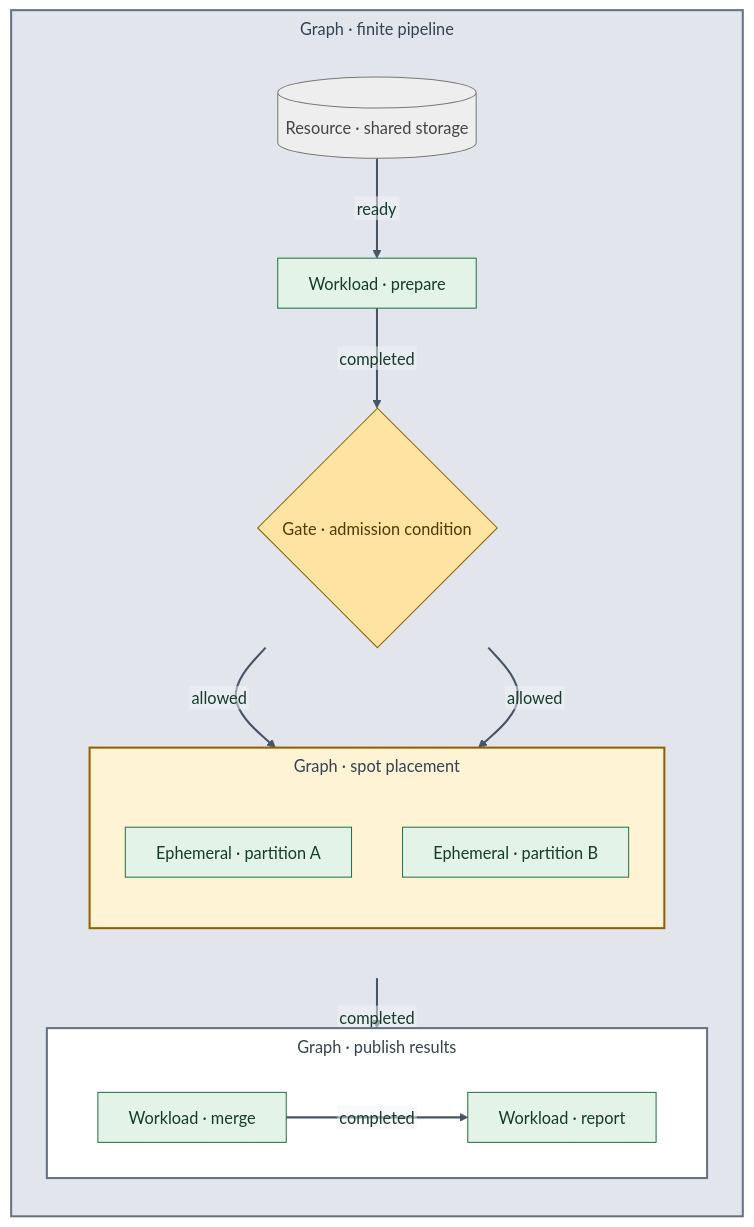
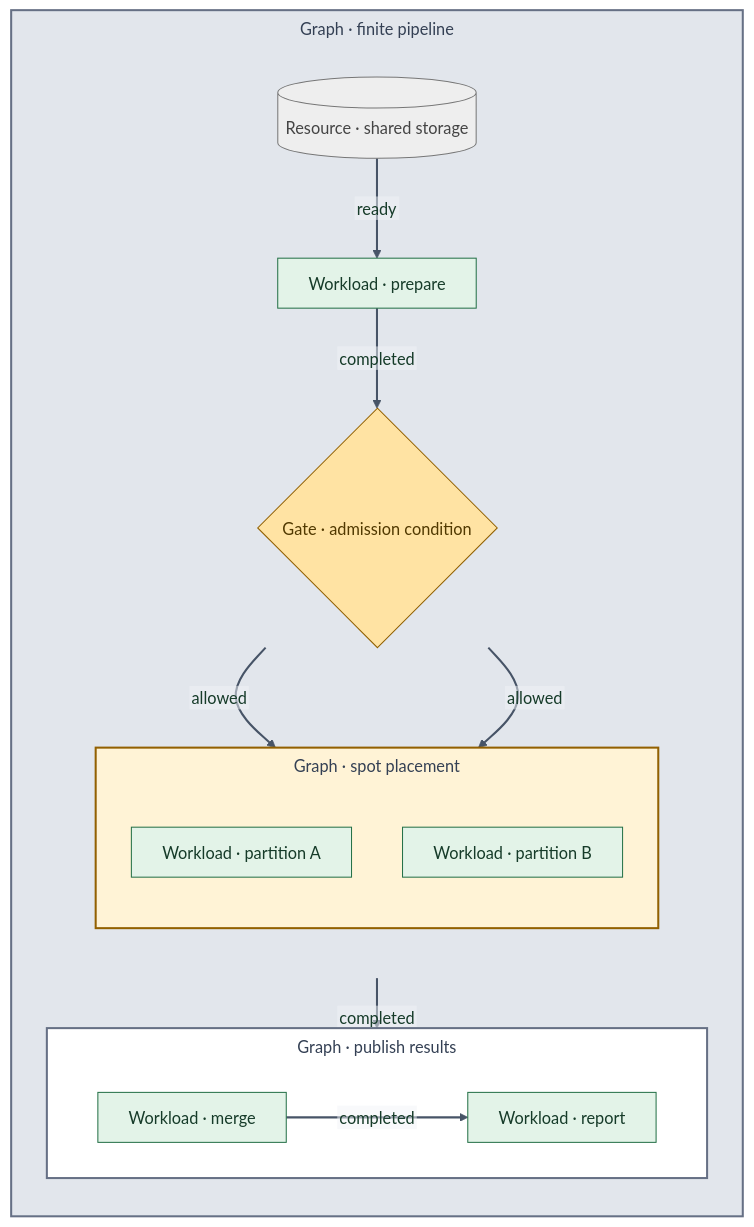
The seventh of 8 diagrams in README.md (astrivant/polyad), drawn with Mermaid before and after one commit. The commit also changed other lines of this file and 158 other files, not shown here.

````diff
--- a/README.md
+++ b/README.md
@@ -473,52 +507,52 @@
 ```mermaid
 ---
 config:
   theme: base
   htmlLabels: false
   themeVariables:
     primaryTextColor: "#163b29"
     secondaryTextColor: "#513900"
     tertiaryTextColor: "#344054"
     clusterBkg: "#f2f4f7"
     clusterBorder: "#667085"
     titleColor: "#344054"
     edgeLabelBackground: "#f2f4f7"
     lineColor: "#667085"
   flowchart:
     subGraphTitleMargin:
       top: 8
       bottom: 20
 ---
 flowchart TB
     subgraph pipeline["Graph · finite pipeline"]
         direction TB
         storage[("Resource · shared storage")]
         prepare["Workload · prepare"]
         gate{"Gate · admission condition"}
         subgraph workers["Graph · spot placement"]
             direction TB
-            left["Ephemeral · partition A"]
-            right["Ephemeral · partition B"]
+            left["Workload · partition A"]
+            right["Workload · partition B"]
         end
         subgraph publish["Graph · publish results"]
             merge["Workload · merge"]
             report["Workload · report"]
             merge -->|completed| report
         end
         storage -->|ready| prepare
         prepare -->|completed| gate
         gate -->|allowed| left
         gate -->|allowed| right
         workers -->|completed| publish
     end
     classDef execution fill:#e3f3e8,stroke:#247047,color:#163b29
     classDef constraint fill:#ffe3a3,stroke:#926000,color:#513900
     classDef resource fill:#eeeeee,stroke:#777777,color:#444444
     class prepare,left,right,merge,report execution
     class gate constraint
     class storage resource
     style pipeline fill:#e2e6ec,stroke:#667085,stroke-width:2px,color:#344054
     style workers fill:#fff3d6,stroke:#926000,stroke-width:2px,color:#513900
     style publish fill:#ffffff,stroke:#667085,stroke-width:2px,color:#344054
     linkStyle default stroke:#475467,stroke-width:2px
 ```
````
